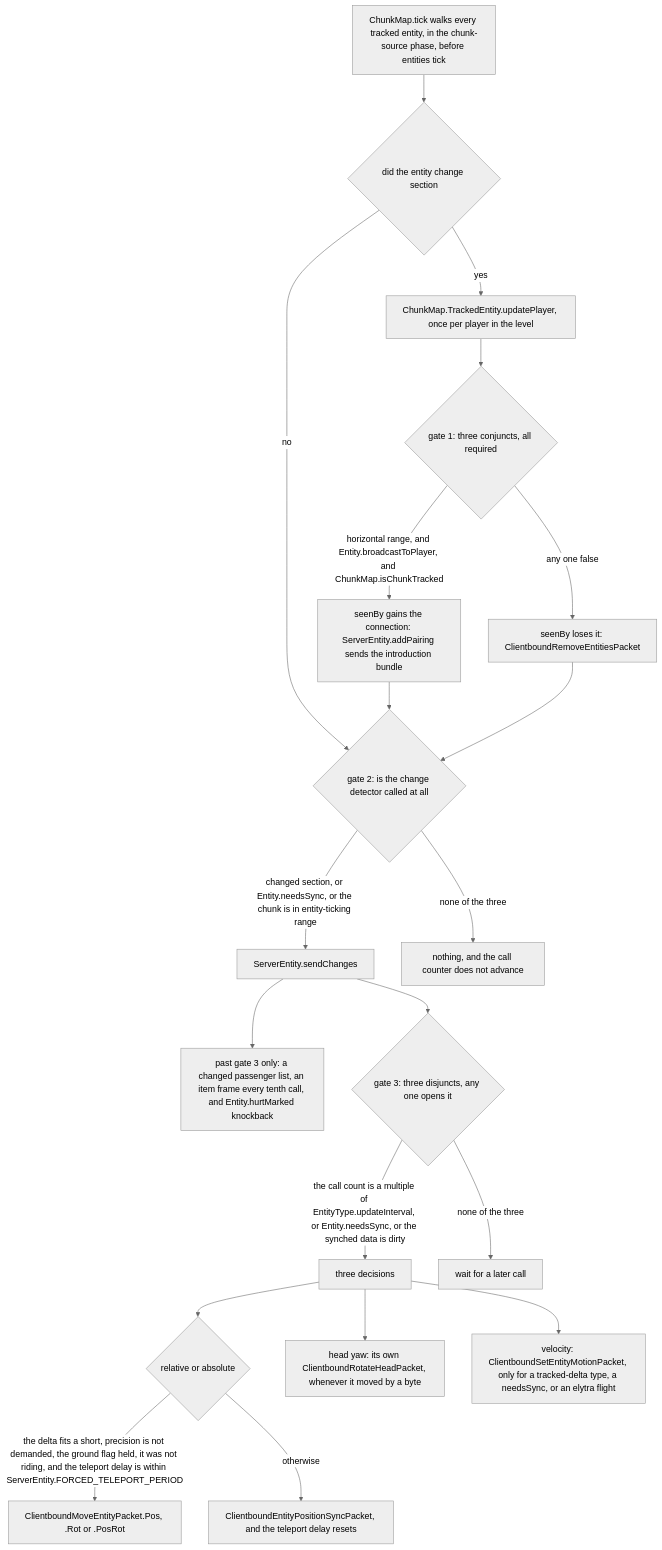
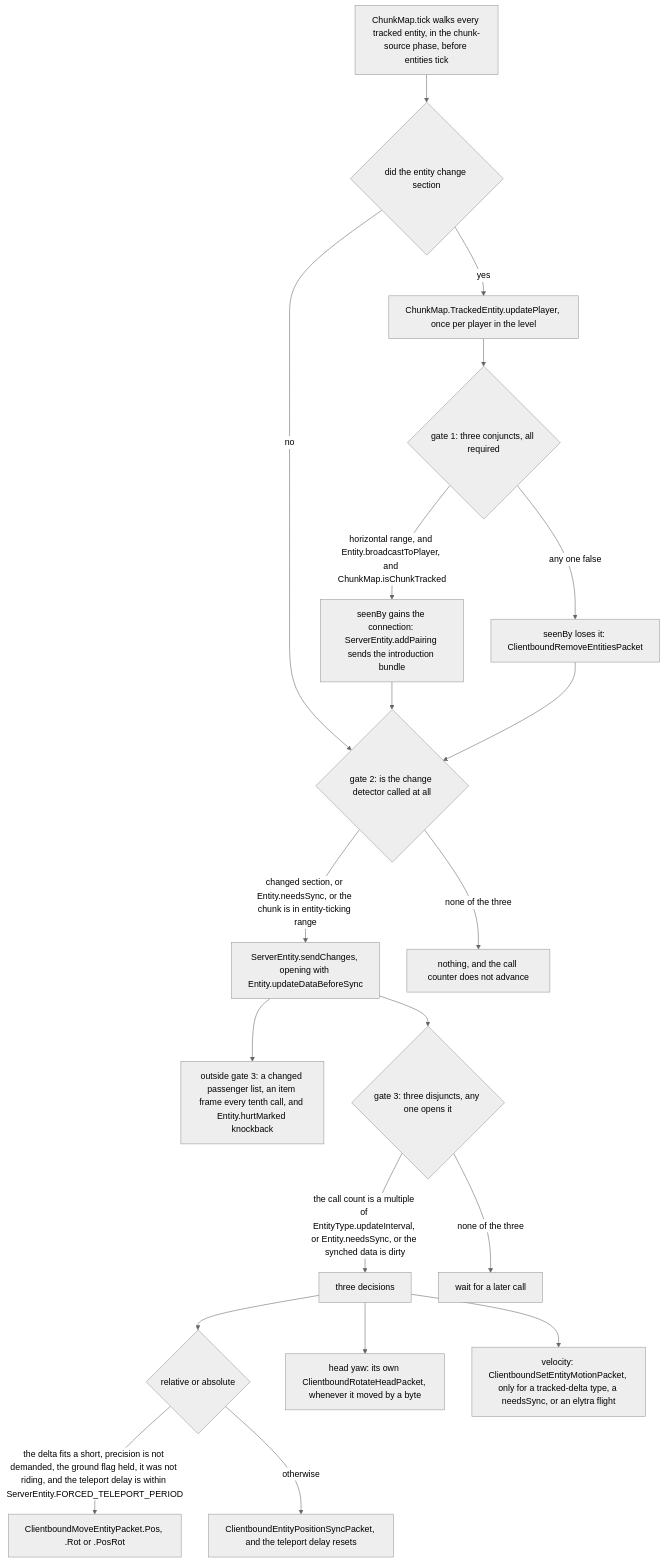
The first of 2 diagrams in src/systems/networking/what-the-client-is-told.md (AlexanderjFraser/MinecraftDocs), drawn with Mermaid (neutral theme) before and after one commit. The commit also changed other lines of this file and 25 other files, not shown here.

````diff
--- a/src/systems/networking/what-the-client-is-told.md
+++ b/src/systems/networking/what-the-client-is-told.md
@@ -32,22 +32,22 @@
 ```mermaid
 flowchart TD
     TICK["ChunkMap.tick walks every tracked entity, in the chunk-source phase, before entities tick"] --> SEC{"did the entity change section"}
     SEC -- yes --> UP["ChunkMap.TrackedEntity.updatePlayer, once per player in the level"]
     UP --> G1{"gate 1: three conjuncts, all required"}
     G1 -- "horizontal range, and Entity.broadcastToPlayer, and ChunkMap.isChunkTracked" --> IN["seenBy gains the connection: ServerEntity.addPairing sends the introduction bundle"]
     G1 -- "any one false" --> OUT["seenBy loses it: ClientboundRemoveEntitiesPacket"]
     SEC -- no --> G2{"gate 2: is the change detector called at all"}
     IN --> G2
     OUT --> G2
-    G2 -- "changed section, or Entity.needsSync, or the chunk is in entity-ticking range" --> SC["ServerEntity.sendChanges"]
+    G2 -- "changed section, or Entity.needsSync, or the chunk is in entity-ticking range" --> SC["ServerEntity.sendChanges, opening with Entity.updateDataBeforeSync"]
     G2 -- "none of the three" --> MUTE["nothing, and the call counter does not advance"]
-    SC --> FREE["past gate 3 only: a changed passenger list, an item frame every tenth call, and Entity.hurtMarked knockback"]
+    SC --> FREE["outside gate 3: a changed passenger list, an item frame every tenth call, and Entity.hurtMarked knockback"]
     SC --> G3{"gate 3: three disjuncts, any one opens it"}
     G3 -- "the call count is a multiple of EntityType.updateInterval, or Entity.needsSync, or the synched data is dirty" --> D["three decisions"]
     G3 -- "none of the three" --> WAIT["wait for a later call"]
     D --> D1{"relative or absolute"}
     D1 -- "the delta fits a short, precision is not demanded, the ground flag held, it was not riding, and the teleport delay is within ServerEntity.FORCED_TELEPORT_PERIOD" --> REL["ClientboundMoveEntityPacket.Pos, .Rot or .PosRot"]
     D1 -- otherwise --> ABS["ClientboundEntityPositionSyncPacket, and the teleport delay resets"]
     D --> D2["head yaw: its own ClientboundRotateHeadPacket, whenever it moved by a byte"]
     D --> D3["velocity: ClientboundSetEntityMotionPacket, only for a tracked-delta type, a needsSync, or an elytra flight"]
 ```
````
